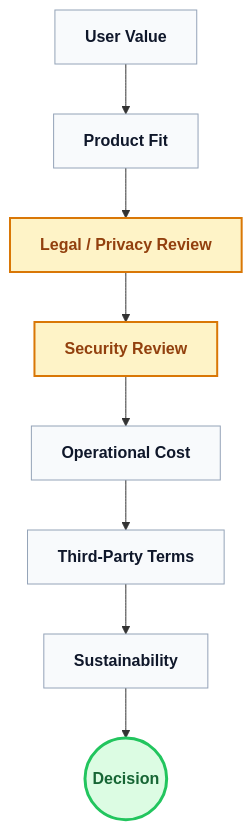
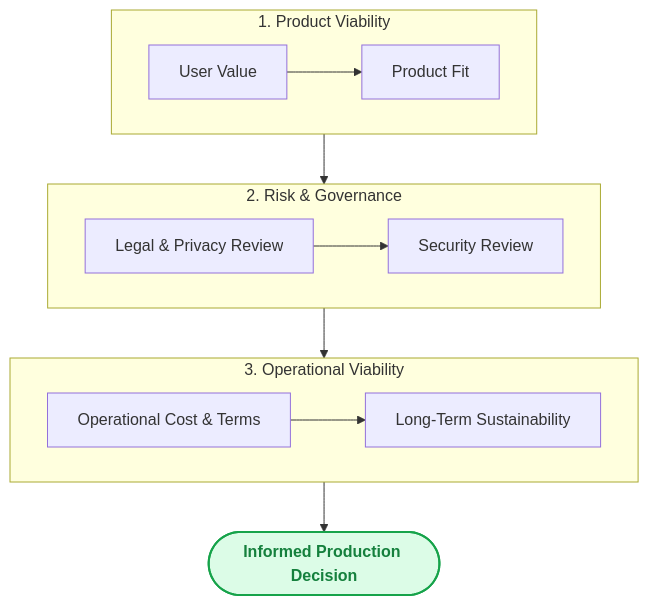
The first of 4 diagrams in docs/product/15-Legal-Business.md (davidalbertstark-lab/Lenar), drawn with Mermaid before and after one commit. The commit also changed other lines of this file and 28 other files, not shown here.

Commit message:
docs: system-wide diagram redesign for first-instance comprehension

````diff
--- a/docs/product/15-Legal-Business.md
+++ b/docs/product/15-Legal-Business.md
@@ -25,27 +27,25 @@
 ```mermaid
 flowchart TD
-    classDef step fill:#f8fafc,stroke:#94a3b8,stroke-width:1px,color:#0f172a,font-weight:bold
-    classDef review fill:#fef3c7,stroke:#d97706,stroke-width:2px,color:#92400e,font-weight:bold
-    classDef decision fill:#dcfce3,stroke:#22c55e,stroke-width:3px,color:#166534,font-weight:bold
+    subgraph Product ["1. Product Viability"]
+        direction LR
+        UV["User Value"] --> PF["Product Fit"]
+    end
 
-    UV[User Value]
-    PF[Product Fit]
-    LPR[Legal / Privacy Review]
-    SR[Security Review]
-    OC[Operational Cost]
-    TPT[Third-Party Terms]
-    S[Sustainability]
-    D((Decision))
+    subgraph Governance ["2. Risk & Governance"]
+        direction LR
+        LPR["Legal & Privacy Review"] --> SR["Security Review"]
+    end
 
-    UV --> PF
-    PF --> LPR
-    LPR --> SR
-    SR --> OC
-    OC --> TPT
-    TPT --> S
-    S --> D
+    subgraph Operations ["3. Operational Viability"]
+        direction LR
+        OC["Operational Cost & Terms"] --> ST["Long-Term Sustainability"]
+    end
 
-    class UV,PF,OC,TPT,S step;
-    class LPR,SR review;
-    class D decision;
+    Decision(["Informed Production Decision"]):::decision
+
+    Product --> Governance
+    Governance --> Operations
+    Operations --> Decision
+
+    classDef decision fill:#dcfce7,stroke:#16a34a,stroke-width:2px,color:#15803d,font-weight:bold
 ```
````
